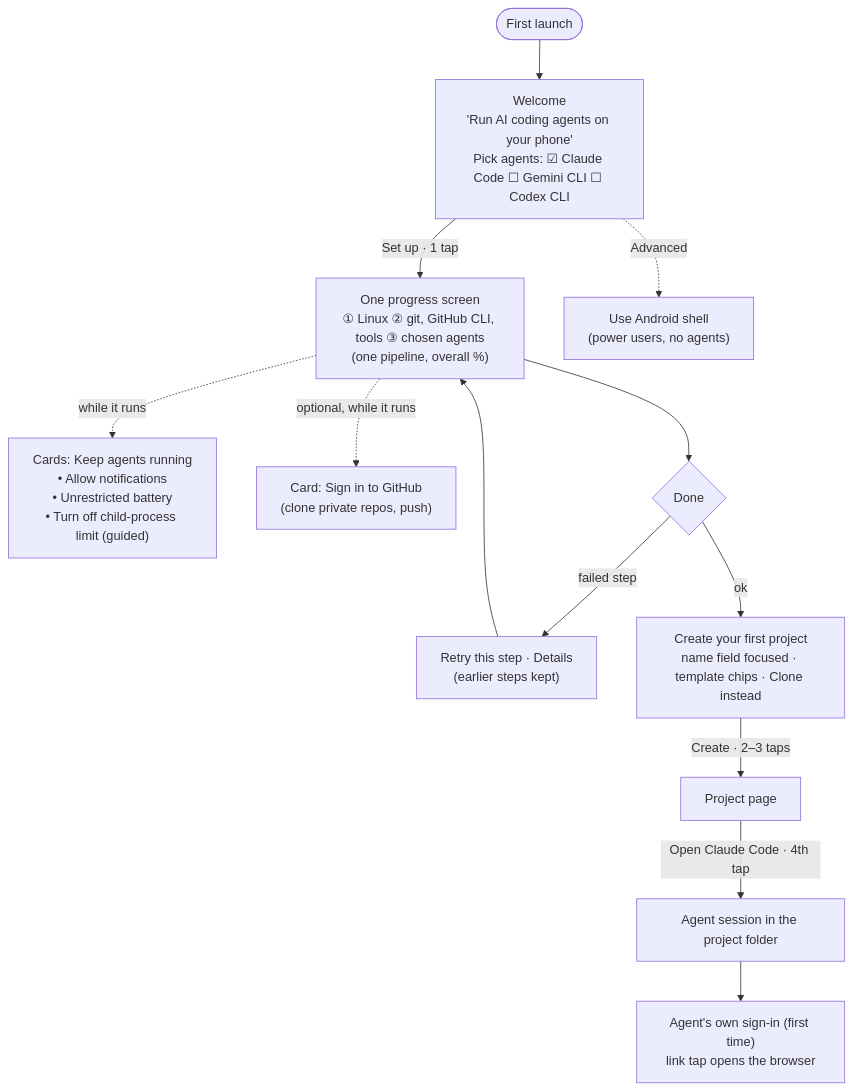
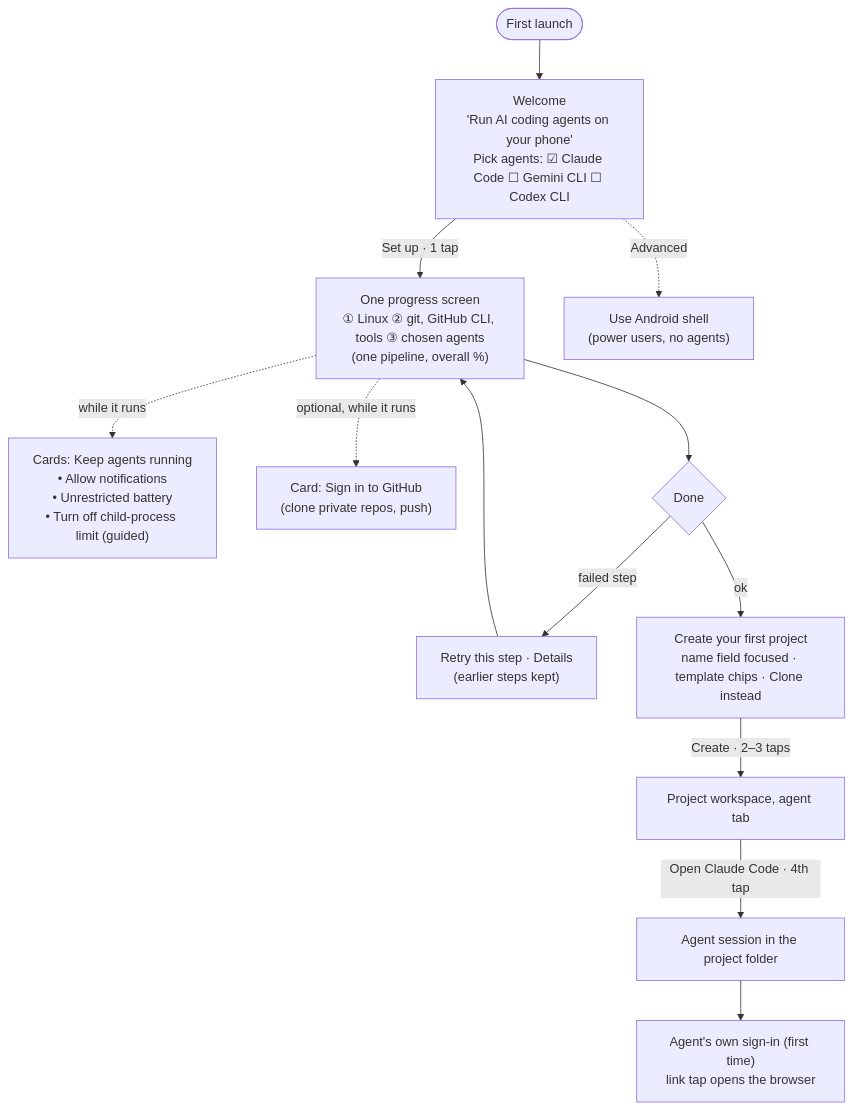
The third of 8 diagrams in docs/USERFLOW.md (arshan1019/aiterm), drawn with Mermaid before and after one commit. The commit also changed other lines of this file and 21 other files, not shown here.

First line of the commit message:
Project workspace: one home per thing, one rule for back [skip ci]

````diff
--- a/docs/USERFLOW.md
+++ b/docs/USERFLOW.md
@@ -113,14 +112,14 @@
 ```mermaid
 flowchart TD
     A([First launch]) --> W["Welcome<br/>'Run AI coding agents on your phone'<br/>Pick agents: ☑ Claude Code ☐ Gemini CLI ☐ Codex CLI"]
     W -->|Set up · 1 tap| PR["One progress screen<br/>① Linux ② git, GitHub CLI, tools ③ chosen agents<br/>(one pipeline, overall %)"]
     PR -.->|while it runs| K["Cards: Keep agents running<br/>• Allow notifications<br/>• Unrestricted battery<br/>• Turn off child-process limit (guided)"]
     PR -.->|optional, while it runs| GH["Card: Sign in to GitHub<br/>(clone private repos, push)"]
     PR --> D{"Done"}
     D -->|failed step| RT["Retry this step · Details<br/>(earlier steps kept)"] --> PR
     D -->|ok| FP["Create your first project<br/>name field focused · template chips · Clone instead"]
-    FP -->|Create · 2–3 taps| P["Project page"]
+    FP -->|Create · 2–3 taps| P["Project workspace, agent tab"]
     P -->|Open Claude Code · 4th tap| AG["Agent session in the project folder"]
     AG --> SI["Agent's own sign-in (first time)<br/>link tap opens the browser"]
     W -.->|Advanced| AS["Use Android shell<br/>(power users, no agents)"]
 ```
````
